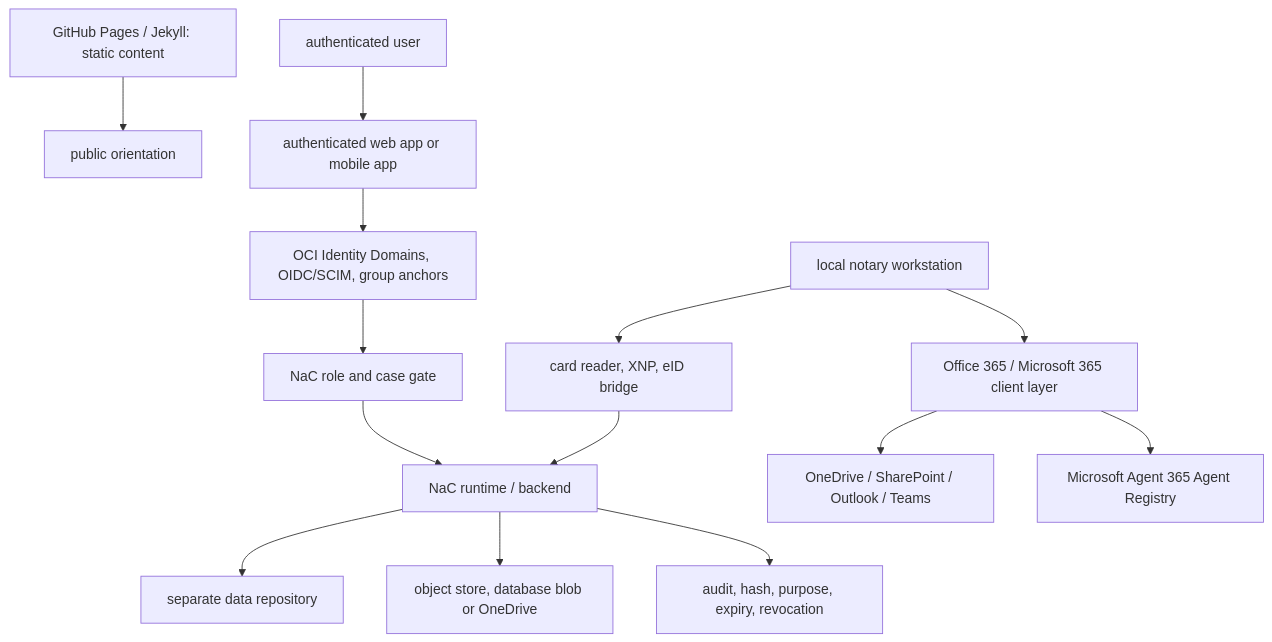
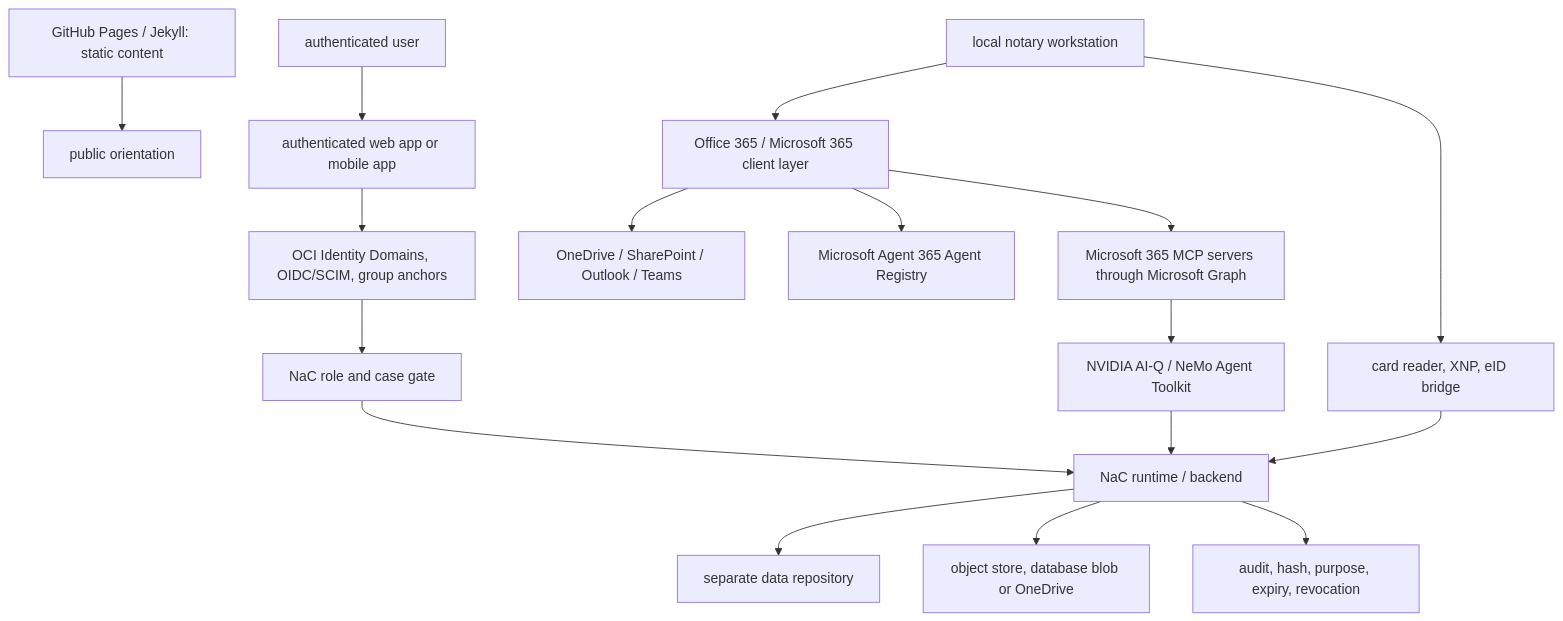
Before and after one commit to notariat8/NaC: the diagram in docs/en/authenticated-webapp-operating-model.md, drawn with Mermaid. The commit also changed other lines of this file and 35 other files, not shown here.

````diff
--- a/docs/en/authenticated-webapp-operating-model.md
+++ b/docs/en/authenticated-webapp-operating-model.md
@@ -29,16 +29,19 @@
 ```mermaid
 flowchart TD
     Static["GitHub Pages / Jekyll: static content"] --> Public["public orientation"]
     User["authenticated user"] --> AuthApp["authenticated web app or mobile app"]
     AuthApp --> OciIdp["OCI Identity Domains, OIDC/SCIM, group anchors"]
     OciIdp --> NacRole["NaC role and case gate"]
     NacRole --> Runtime["NaC runtime / backend"]
     Runtime --> DataRepo["separate data repository"]
     Runtime --> Storage["object store, database blob or OneDrive"]
     Runtime --> Audit["audit, hash, purpose, expiry, revocation"]
     Workstation --> O365["Office 365 / Microsoft 365 client layer"]
     O365 --> OneDrive["OneDrive / SharePoint / Outlook / Teams"]
     O365 --> AgentRegistry["Microsoft Agent 365 Agent Registry"]
+    O365 --> M365Mcp["Microsoft 365 MCP servers through Microsoft Graph"]
+    M365Mcp --> AiQ["NVIDIA AI-Q / NeMo Agent Toolkit"]
+    AiQ --> Runtime
     Workstation["local notary workstation"] --> Card["card reader, XNP, eID bridge"]
     Card --> Runtime
 ```
````
